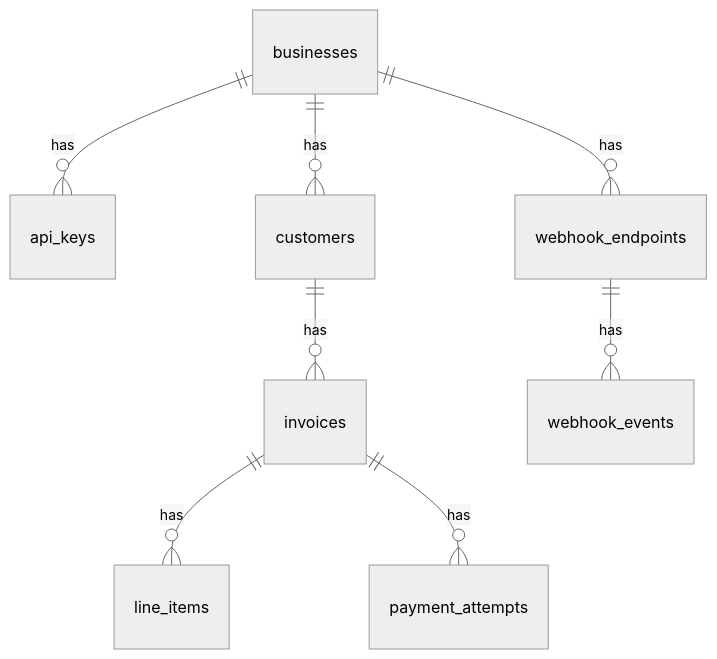
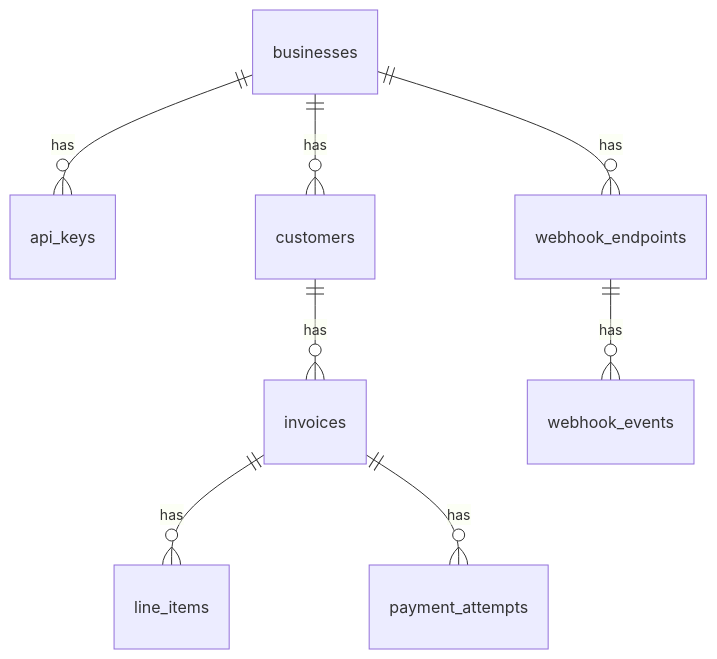
One commit to kunalshah017/dodo-payments-assignment changed the third of 4 diagrams in README.md. Above: the diagram before and after it, drawn with Mermaid. The commit also changed other lines of this file, not shown here.

Commit message:
docs: add demo video link, GitHub repo link, fix Mermaid dark mode

````diff
--- a/README.md
+++ b/README.md
@@ -78,11 +78,10 @@
 ```mermaid
-%%{init: {'theme':'neutral'}}%%
 erDiagram
     businesses ||--o{ api_keys : has
     businesses ||--o{ customers : has
     businesses ||--o{ webhook_endpoints : has
     customers ||--o{ invoices : has
     invoices ||--o{ line_items : has
     invoices ||--o{ payment_attempts : has
     webhook_endpoints ||--o{ webhook_events : has
 ```
````
